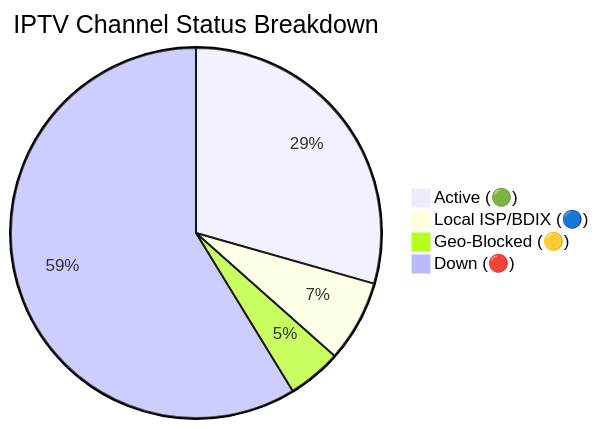
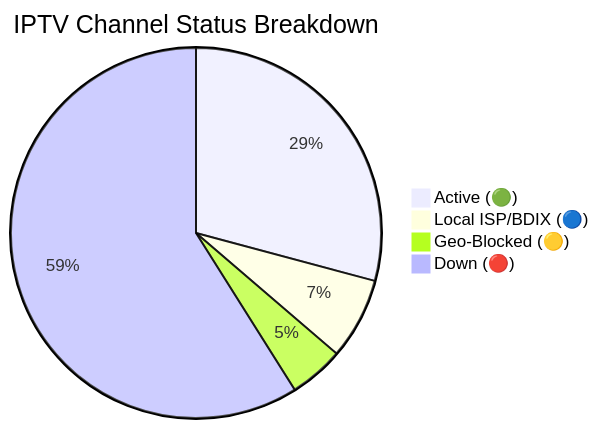
The diagram in README.md (Zaman-Topu/Ip-tv-Collection), drawn with Mermaid before and after one commit. The commit also changed other lines of this file and 6 other files, not shown here.

````diff
--- a/README.md
+++ b/README.md
@@ -149,7 +149,7 @@
 ```mermaid
 pie title IPTV Channel Status Breakdown
-    "Active (🟢)" : 11045
-    "Local ISP/BDIX (🔵)" : 2682
-    "Geo-Blocked (🟡)" : 1767
-    "Down (🔴)" : 22058
+    "Active (🟢)" : 10948
+    "Local ISP/BDIX (🔵)" : 2673
+    "Geo-Blocked (🟡)" : 1791
+    "Down (🔴)" : 22126
 ```
````
